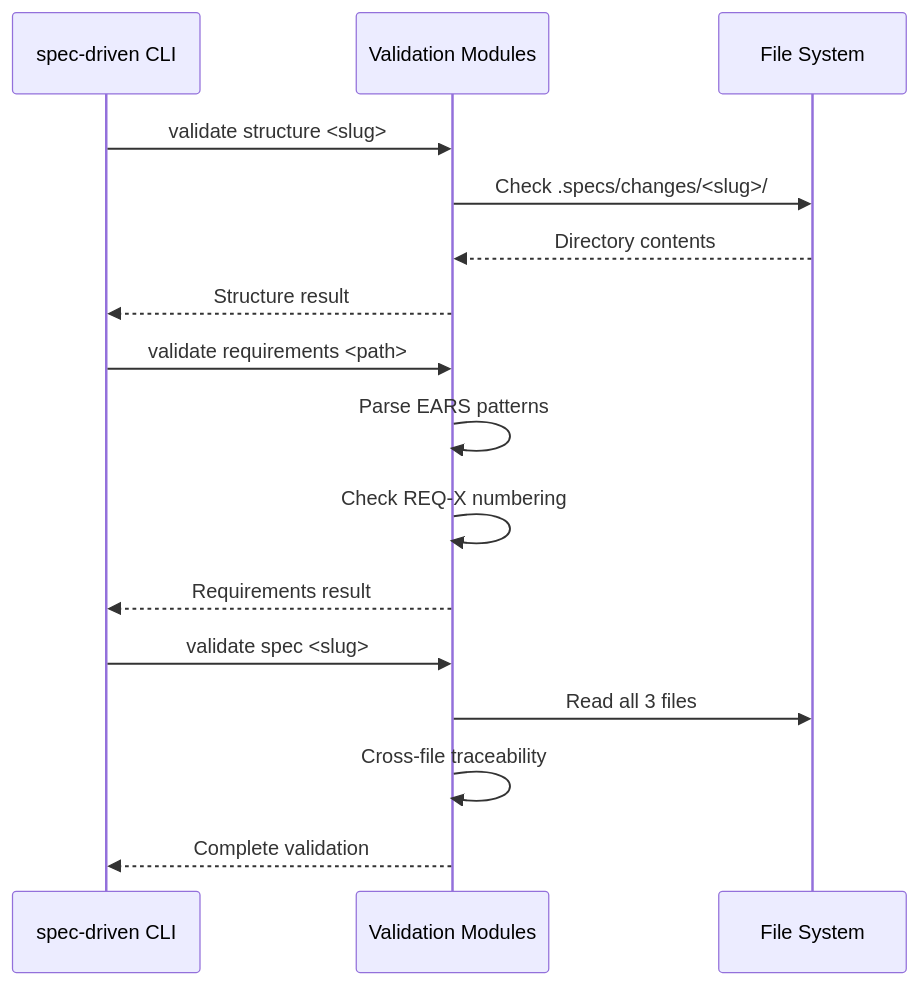
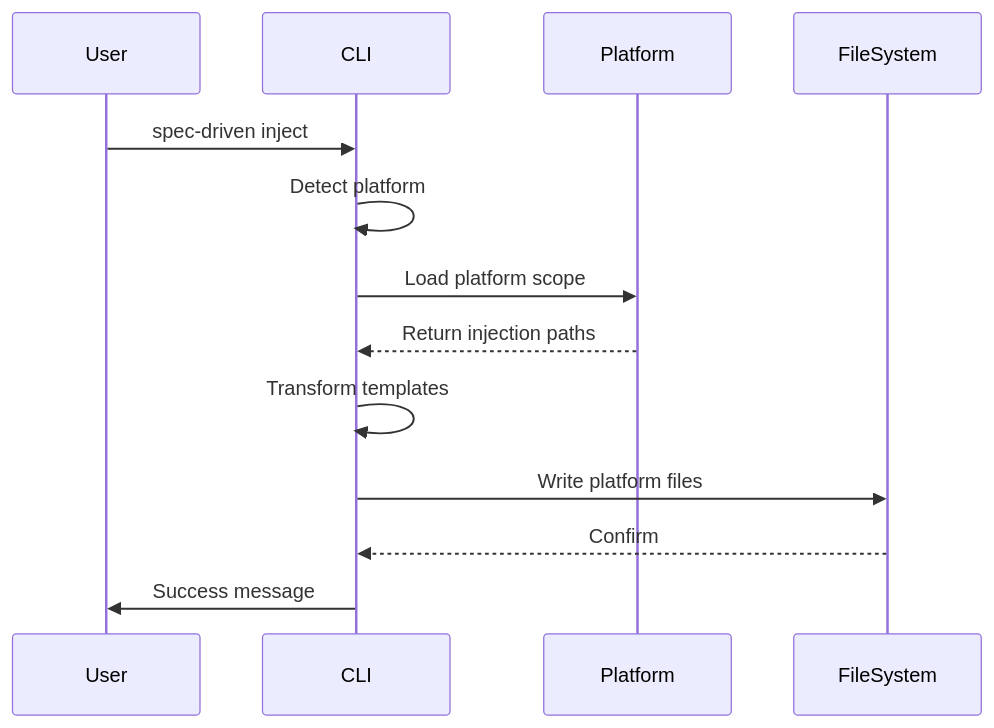
One commit to lindoelio/spec-driven-steroids changed the second of 4 diagrams in ARCHITECTURE.md. Above: the diagram before and after it, drawn with Mermaid. The commit also changed other lines of this file and 65 other files, not shown here.

````diff
--- a/ARCHITECTURE.md
+++ b/ARCHITECTURE.md
@@ -196,21 +69,11 @@
 ```mermaid
 sequenceDiagram
-    participant CLI as spec-driven CLI
-    participant Val as Validation Modules
-    participant FS as File System
-
-    CLI->>Val: validate structure <slug>
-    Val->>FS: Check .specs/changes/<slug>/
-    FS-->>Val: Directory contents
-    Val-->>CLI: Structure result
-
-    CLI->>Val: validate requirements <path>
-    Val->>Val: Parse EARS patterns
-    Val->>Val: Check REQ-X numbering
-    Val-->>CLI: Requirements result
-
-    CLI->>Val: validate spec <slug>
-    Val->>FS: Read all 3 files
-    Val->>Val: Cross-file traceability
-    Val-->>CLI: Complete validation
+    User->>CLI: spec-driven inject
+    CLI->>CLI: Detect platform
+    CLI->>Platform: Load platform scope
+    Platform-->>CLI: Return injection paths
+    CLI->>CLI: Transform templates
+    CLI->>FileSystem: Write platform files
+    FileSystem-->>CLI: Confirm
+    CLI->>User: Success message
 ```
````
